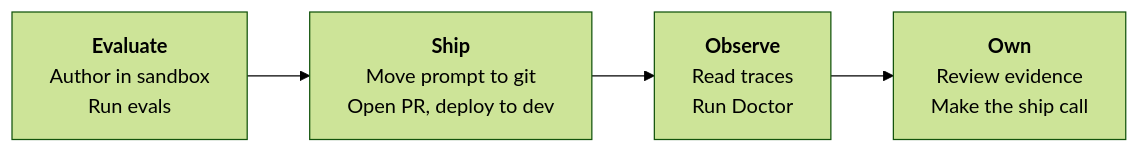
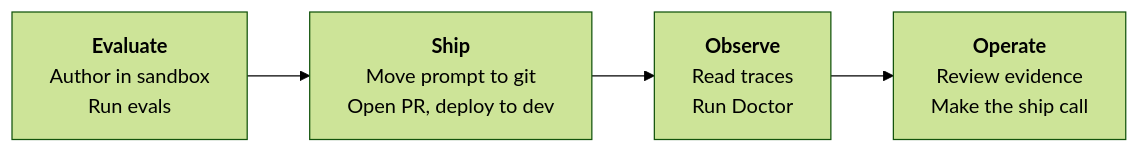
The diagram in docs/tutorial-prompt-agent.md (Azure/agentops), drawn with Mermaid (forest theme) before and after one commit. The commit also changed other lines of this file and 7 other files, not shown here.

Commit message:
docs: rename Own pillar to Operate

````diff
--- a/docs/tutorial-prompt-agent.md
+++ b/docs/tutorial-prompt-agent.md
@@ -15,8 +15,8 @@
 ```mermaid
 flowchart LR
     E["<b>Evaluate</b><br/>Author in sandbox<br/>Run evals"]
     S["<b>Ship</b><br/>Move prompt to git<br/>Open PR, deploy to dev"]
     O["<b>Observe</b><br/>Read traces<br/>Run Doctor"]
-    W["<b>Own</b><br/>Review evidence<br/>Make the ship call"]
+    W["<b>Operate</b><br/>Review evidence<br/>Make the ship call"]
     E --> S --> O --> W
 ```
````
